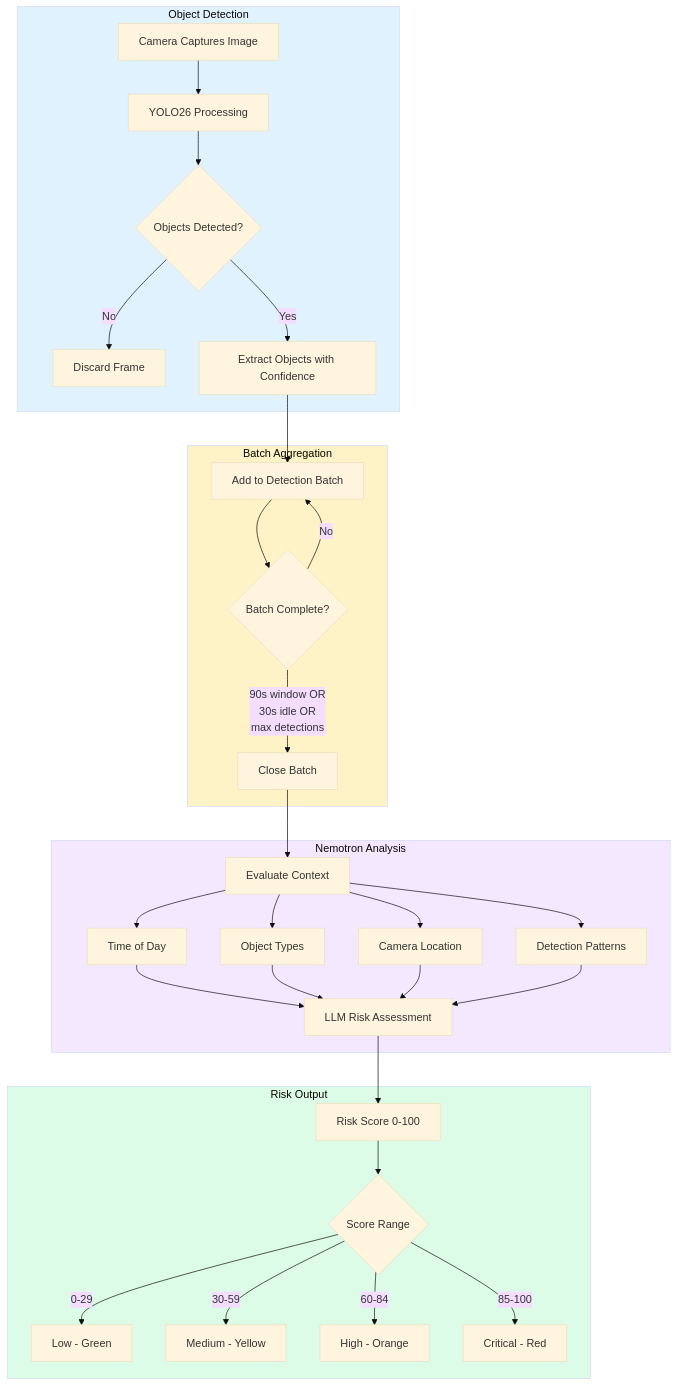
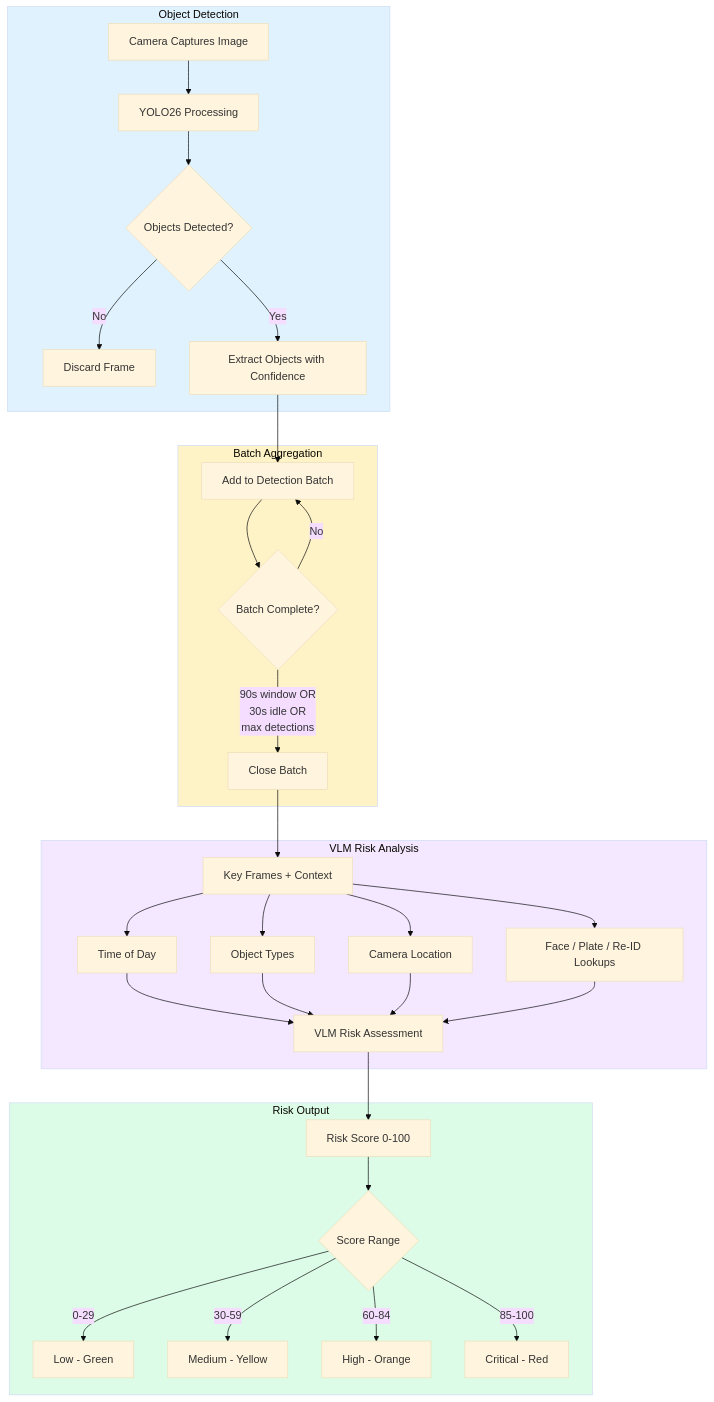
Before and after one commit to mikesvoboda/nemotron-v3-home-security-intelligence: the second of 3 diagrams in docs/ui/dashboard.md, drawn with Mermaid (base theme). The commit also changed other lines of this file and 231 other files, not shown here.

````diff
--- a/docs/ui/dashboard.md
+++ b/docs/ui/dashboard.md
@@ -135,39 +144,39 @@
 ```mermaid
 flowchart TD
     subgraph Detection["Object Detection"]
         A[Camera Captures Image] --> B[YOLO26 Processing]
         B --> C{Objects Detected?}
         C -->|No| D[Discard Frame]
         C -->|Yes| E[Extract Objects with Confidence]
     end
 
     subgraph Batching["Batch Aggregation"]
         E --> F[Add to Detection Batch]
         F --> G{Batch Complete?}
         G -->|"90s window OR<br/>30s idle OR<br/>max detections"| H[Close Batch]
         G -->|No| F
     end
 
-    subgraph Analysis["Nemotron Analysis"]
-        H --> I[Evaluate Context]
+    subgraph Analysis["VLM Risk Analysis"]
+        H --> I[Key Frames + Context]
         I --> J[Time of Day]
         I --> K[Object Types]
         I --> L[Camera Location]
-        I --> M[Detection Patterns]
-        J & K & L & M --> N[LLM Risk Assessment]
+        I --> M[Face / Plate / Re-ID Lookups]
+        J & K & L & M --> N[VLM Risk Assessment]
     end
 
     subgraph Output["Risk Output"]
         N --> O[Risk Score 0-100]
         O --> P{Score Range}
         P -->|0-29| Q[Low - Green]
         P -->|30-59| R[Medium - Yellow]
         P -->|60-84| S[High - Orange]
         P -->|85-100| T[Critical - Red]
     end
 
     style Detection fill:#e0f2fe
     style Batching fill:#fef3c7
     style Analysis fill:#f3e8ff
     style Output fill:#dcfce7
 ```
````
